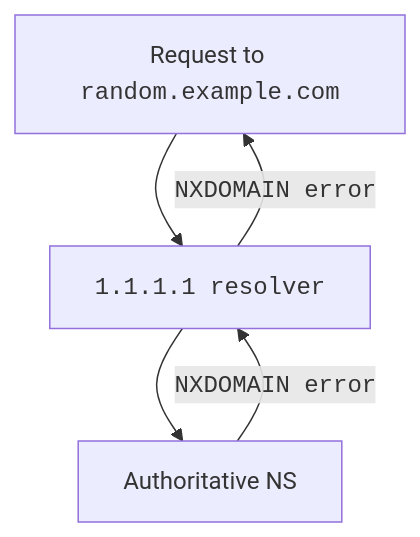
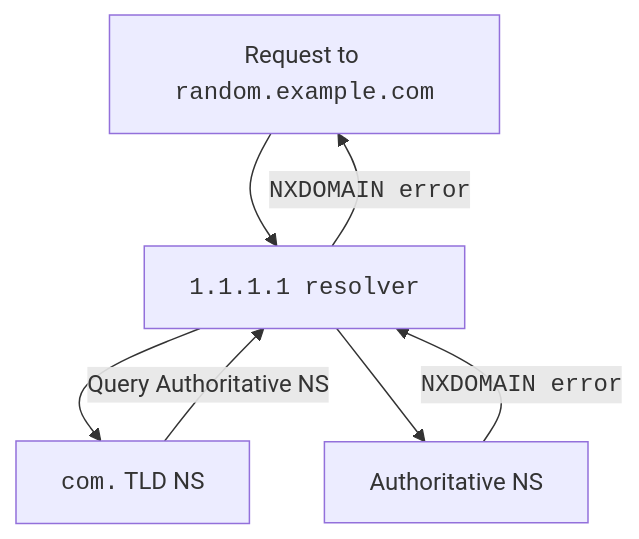
The second of 2 diagrams in content/dns/dns-firewall/random-prefix-attacks/about.md (cloudflare/cloudflare-docs), drawn with Mermaid before and after one commit. The commit also changed other lines of this file, not shown here.

Commit message:
added all parts

```diff
--- a/content/dns/dns-firewall/random-prefix-attacks/about.md
+++ b/content/dns/dns-firewall/random-prefix-attacks/about.md
@@ -34,8 +35,10 @@
 <div class="mermaid">
     flowchart TD
       accTitle: Random prefix attacks diagram
       A[Request to <code>random.example.com</code>] --> B[<code>1.1.1.1 resolver</code>]
-      B --> C[Authoritative NS]
-      C --<code>NXDOMAIN error</code>--> B
+      B --> C[<code>com.</code> TLD NS]
+      C -- Query Authoritative NS --> B
+      B --> D[Authoritative NS]
+      D --<code>NXDOMAIN error</code>--> B
       B --<code>NXDOMAIN error</code>--> A
 </div>
```
